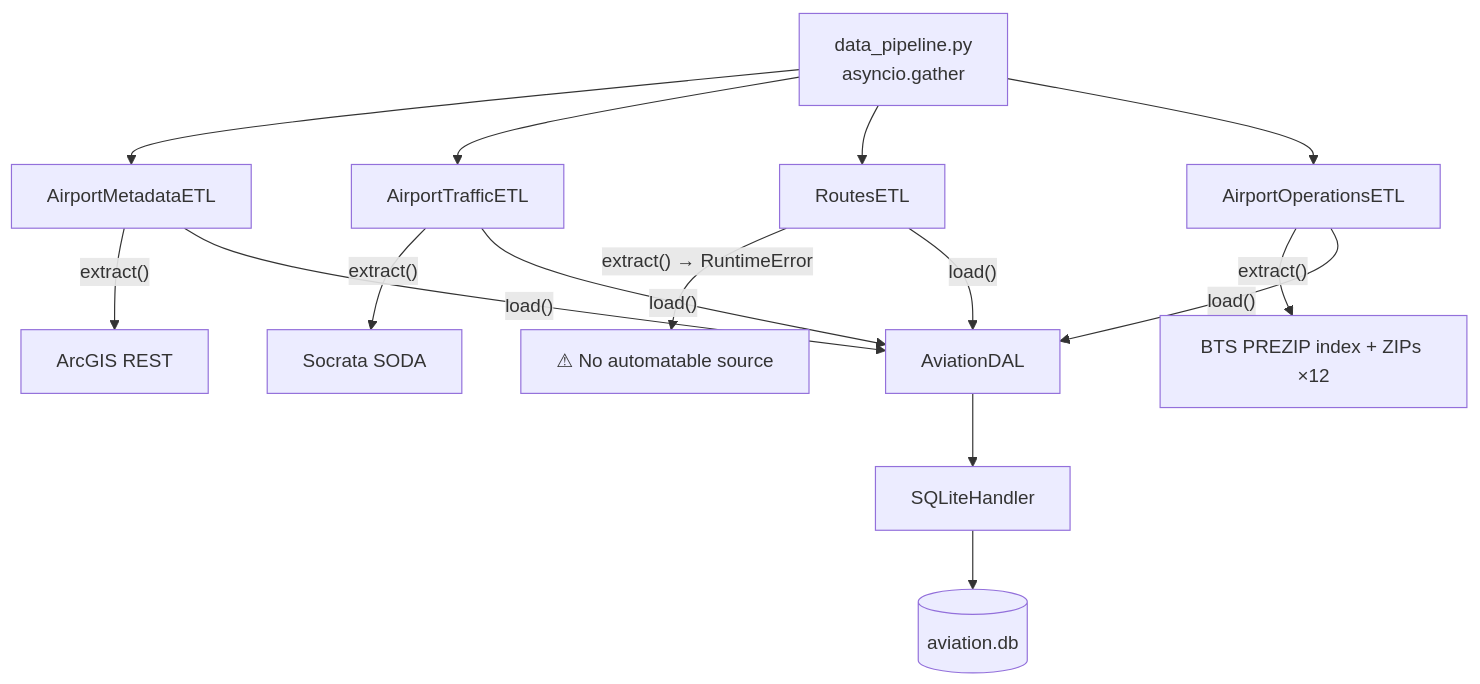
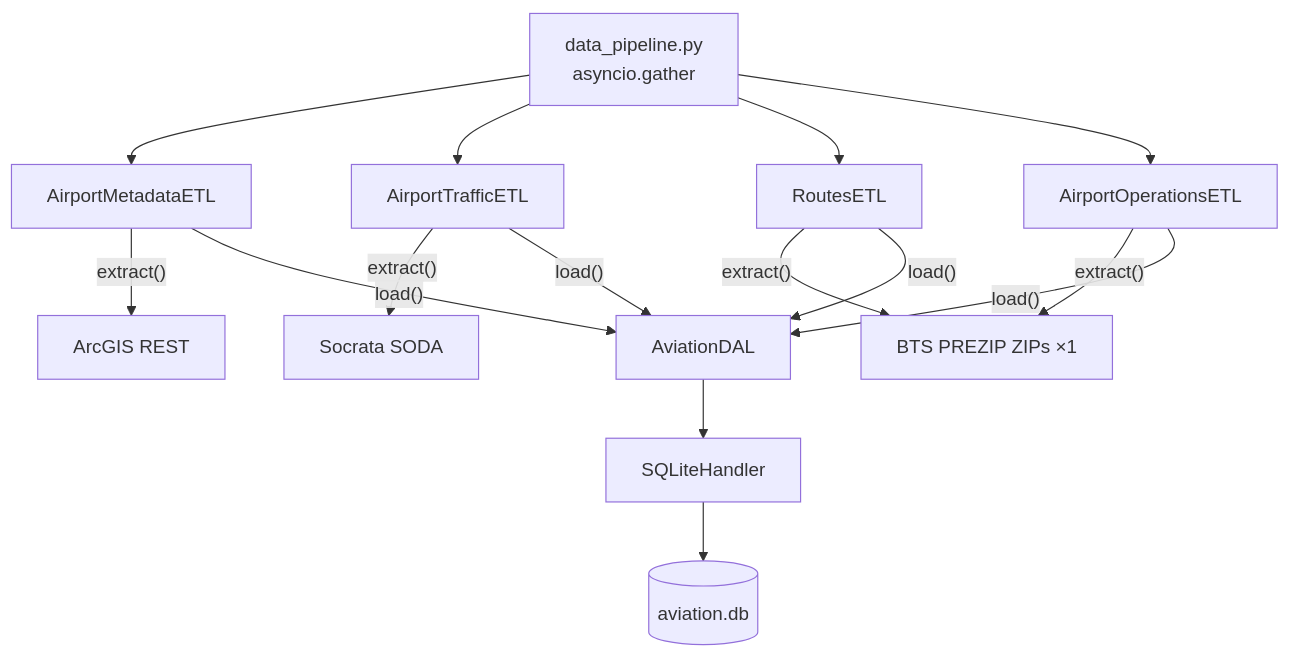
Before and after one commit to asafzenou/Airport-Investment-Intelligence-Agent: the first of 3 diagrams in DOCS/DATA_ARCHITECTURE.md, drawn with Mermaid. The commit also changed other lines of this file and 5 other files, not shown here.

````diff
--- a/DOCS/DATA_ARCHITECTURE.md
+++ b/DOCS/DATA_ARCHITECTURE.md
@@ -112,20 +147,20 @@
 ```mermaid
 flowchart TD
     P["data_pipeline.py\nasyncio.gather"] --> M["AirportMetadataETL"]
     P --> T["AirportTrafficETL"]
     P --> R["RoutesETL"]
     P --> O["AirportOperationsETL"]
 
     M -->|"extract()"| S1["ArcGIS REST"]
     T -->|"extract()"| S2["Socrata SODA"]
-    R -->|"extract() → RuntimeError"| S3["⚠ No automatable source"]
-    O -->|"extract()"| S4["BTS PREZIP index + ZIPs ×12"]
+    R -->|"extract()"| S4["BTS PREZIP ZIPs ×1"]
+    O -->|"extract()"| S4
 
     M -->|"load()"| DAL["AviationDAL"]
     T -->|"load()"| DAL
     R -->|"load()"| DAL
     O -->|"load()"| DAL
 
     DAL --> H["SQLiteHandler"]
     H --> DB[("aviation.db")]
 ```
````
